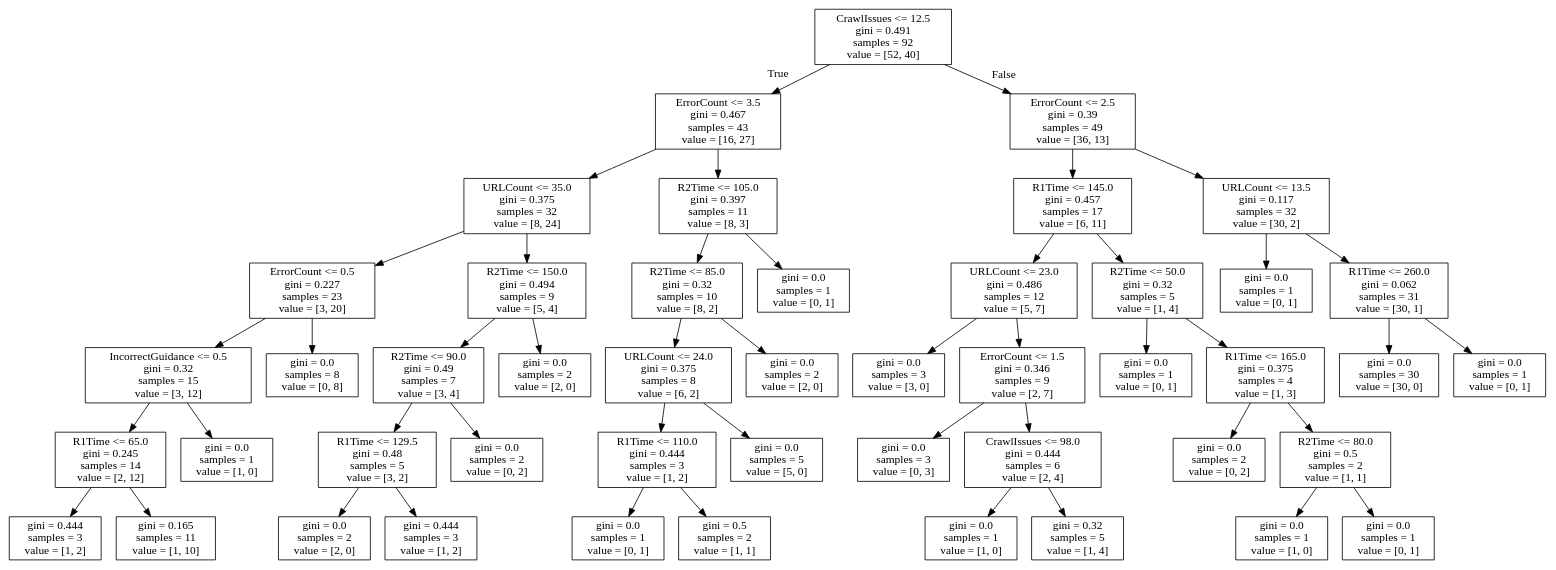
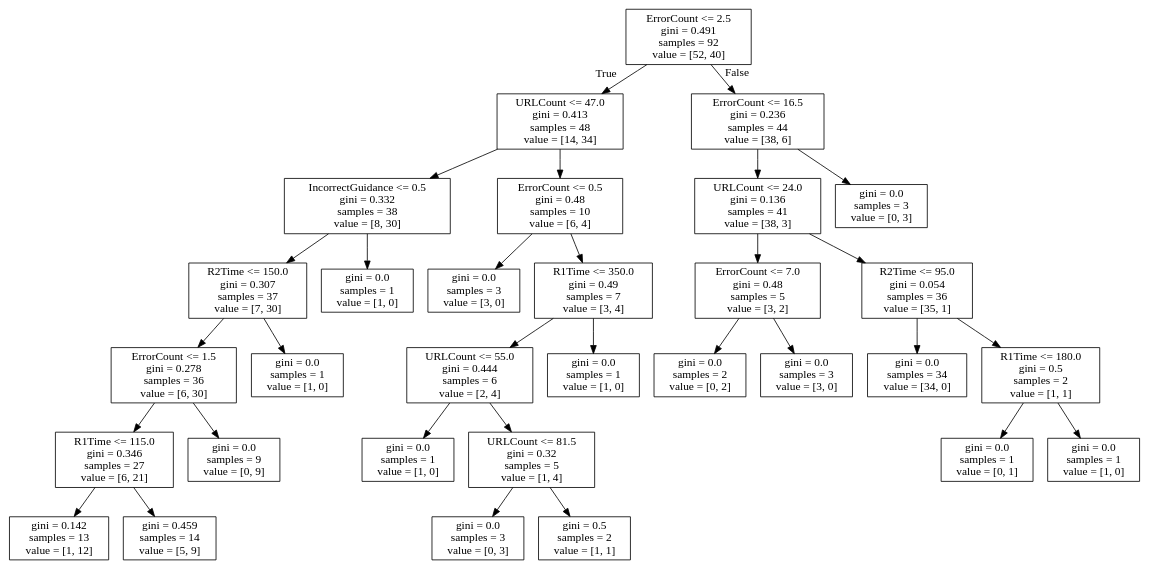
Before and after one commit to Yumil22/Curso_Python: the diagram in tree_3.dot, drawn with Graphviz. The commit also changed 11 other files, not shown here.

```diff
--- a/tree_3.dot
+++ b/tree_3.dot
@@ -1,96 +1,64 @@
 digraph Tree {
 node [shape=box] ;
-0 [label="CrawlIssues <= 12.5\ngini = 0.491\nsamples = 92\nvalue = [52, 40]"] ;
-1 [label="ErrorCount <= 3.5\ngini = 0.467\nsamples = 43\nvalue = [16, 27]"] ;
+0 [label="ErrorCount <= 2.5\ngini = 0.491\nsamples = 92\nvalue = [52, 40]"] ;
+1 [label="URLCount <= 47.0\ngini = 0.413\nsamples = 48\nvalue = [14, 34]"] ;
 0 -> 1 [labeldistance=2.5, labelangle=45, headlabel="True"] ;
-2 [label="URLCount <= 35.0\ngini = 0.375\nsamples = 32\nvalue = [8, 24]"] ;
+2 [label="IncorrectGuidance <= 0.5\ngini = 0.332\nsamples = 38\nvalue = [8, 30]"] ;
 1 -> 2 ;
-3 [label="ErrorCount <= 0.5\ngini = 0.227\nsamples = 23\nvalue = [3, 20]"] ;
+3 [label="R2Time <= 150.0\ngini = 0.307\nsamples = 37\nvalue = [7, 30]"] ;
 2 -> 3 ;
-4 [label="IncorrectGuidance <= 0.5\ngini = 0.32\nsamples = 15\nvalue = [3, 12]"] ;
+4 [label="ErrorCount <= 1.5\ngini = 0.278\nsamples = 36\nvalue = [6, 30]"] ;
 3 -> 4 ;
-5 [label="R1Time <= 65.0\ngini = 0.245\nsamples = 14\nvalue = [2, 12]"] ;
+5 [label="R1Time <= 115.0\ngini = 0.346\nsamples = 27\nvalue = [6, 21]"] ;
 4 -> 5 ;
-6 [label="gini = 0.444\nsamples = 3\nvalue = [1, 2]"] ;
+6 [label="gini = 0.142\nsamples = 13\nvalue = [1, 12]"] ;
 5 -> 6 ;
-7 [label="gini = 0.165\nsamples = 11\nvalue = [1, 10]"] ;
+7 [label="gini = 0.459\nsamples = 14\nvalue = [5, 9]"] ;
 5 -> 7 ;
-8 [label="gini = 0.0\nsamples = 1\nvalue = [1, 0]"] ;
+8 [label="gini = 0.0\nsamples = 9\nvalue = [0, 9]"] ;
 4 -> 8 ;
-9 [label="gini = 0.0\nsamples = 8\nvalue = [0, 8]"] ;
+9 [label="gini = 0.0\nsamples = 1\nvalue = [1, 0]"] ;
 3 -> 9 ;
-10 [label="R2Time <= 150.0\ngini = 0.494\nsamples = 9\nvalue = [5, 4]"] ;
+10 [label="gini = 0.0\nsamples = 1\nvalue = [1, 0]"] ;
 2 -> 10 ;
-11 [label="R2Time <= 90.0\ngini = 0.49\nsamples = 7\nvalue = [3, 4]"] ;
-10 -> 11 ;
-12 [label="R1Time <= 129.5\ngini = 0.48\nsamples = 5\nvalue = [3, 2]"] ;
+11 [label="ErrorCount <= 0.5\ngini = 0.48\nsamples = 10\nvalue = [6, 4]"] ;
+1 -> 11 ;
+12 [label="gini = 0.0\nsamples = 3\nvalue = [3, 0]"] ;
 11 -> 12 ;
-13 [label="gini = 0.0\nsamples = 2\nvalue = [2, 0]"] ;
-12 -> 13 ;
-14 [label="gini = 0.444\nsamples = 3\nvalue = [1, 2]"] ;
-12 -> 14 ;
-15 [label="gini = 0.0\nsamples = 2\nvalue = [0, 2]"] ;
-11 -> 15 ;
-16 [label="gini = 0.0\nsamples = 2\nvalue = [2, 0]"] ;
-10 -> 16 ;
-17 [label="R2Time <= 105.0\ngini = 0.397\nsamples = 11\nvalue = [8, 3]"] ;
-1 -> 17 ;
-18 [label="R2Time <= 85.0\ngini = 0.32\nsamples = 10\nvalue = [8, 2]"] ;
-17 -> 18 ;
-19 [label="URLCount <= 24.0\ngini = 0.375\nsamples = 8\nvalue = [6, 2]"] ;
-18 -> 19 ;
-20 [label="R1Time <= 110.0\ngini = 0.444\nsamples = 3\nvalue = [1, 2]"] ;
-19 -> 20 ;
-21 [label="gini = 0.0\nsamples = 1\nvalue = [0, 1]"] ;
+13 [label="R1Time <= 350.0\ngini = 0.49\nsamples = 7\nvalue = [3, 4]"] ;
+11 -> 13 ;
+14 [label="URLCount <= 55.0\ngini = 0.444\nsamples = 6\nvalue = [2, 4]"] ;
+13 -> 14 ;
+15 [label="gini = 0.0\nsamples = 1\nvalue = [1, 0]"] ;
+14 -> 15 ;
+16 [label="URLCount <= 81.5\ngini = 0.32\nsamples = 5\nvalue = [1, 4]"] ;
+14 -> 16 ;
+17 [label="gini = 0.0\nsamples = 3\nvalue = [0, 3]"] ;
+16 -> 17 ;
+18 [label="gini = 0.5\nsamples = 2\nvalue = [1, 1]"] ;
+16 -> 18 ;
+19 [label="gini = 0.0\nsamples = 1\nvalue = [1, 0]"] ;
+13 -> 19 ;
+20 [label="ErrorCount <= 16.5\ngini = 0.236\nsamples = 44\nvalue = [38, 6]"] ;
+0 -> 20 [labeldistance=2.5, labelangle=-45, headlabel="False"] ;
+21 [label="URLCount <= 24.0\ngini = 0.136\nsamples = 41\nvalue = [38, 3]"] ;
 20 -> 21 ;
-22 [label="gini = 0.5\nsamples = 2\nvalue = [1, 1]"] ;
-20 -> 22 ;
-23 [label="gini = 0.0\nsamples = 5\nvalue = [5, 0]"] ;
-19 -> 23 ;
-24 [label="gini = 0.0\nsamples = 2\nvalue = [2, 0]"] ;
-18 -> 24 ;
-25 [label="gini = 0.0\nsamples = 1\nvalue = [0, 1]"] ;
-17 -> 25 ;
-26 [label="ErrorCount <= 2.5\ngini = 0.39\nsamples = 49\nvalue = [36, 13]"] ;
-0 -> 26 [labeldistance=2.5, labelangle=-45, headlabel="False"] ;
-27 [label="R1Time <= 145.0\ngini = 0.457\nsamples = 17\nvalue = [6, 11]"] ;
-26 -> 27 ;
-28 [label="URLCount <= 23.0\ngini = 0.486\nsamples = 12\nvalue = [5, 7]"] ;
+22 [label="ErrorCount <= 7.0\ngini = 0.48\nsamples = 5\nvalue = [3, 2]"] ;
+21 -> 22 ;
+23 [label="gini = 0.0\nsamples = 2\nvalue = [0, 2]"] ;
+22 -> 23 ;
+24 [label="gini = 0.0\nsamples = 3\nvalue = [3, 0]"] ;
+22 -> 24 ;
+25 [label="R2Time <= 95.0\ngini = 0.054\nsamples = 36\nvalue = [35, 1]"] ;
+21 -> 25 ;
+26 [label="gini = 0.0\nsamples = 34\nvalue = [34, 0]"] ;
+25 -> 26 ;
+27 [label="R1Time <= 180.0\ngini = 0.5\nsamples = 2\nvalue = [1, 1]"] ;
+25 -> 27 ;
+28 [label="gini = 0.0\nsamples = 1\nvalue = [0, 1]"] ;
 27 -> 28 ;
-29 [label="gini = 0.0\nsamples = 3\nvalue = [3, 0]"] ;
-28 -> 29 ;
-30 [label="ErrorCount <= 1.5\ngini = 0.346\nsamples = 9\nvalue = [2, 7]"] ;
-28 -> 30 ;
-31 [label="gini = 0.0\nsamples = 3\nvalue = [0, 3]"] ;
-30 -> 31 ;
-32 [label="CrawlIssues <= 98.0\ngini = 0.444\nsamples = 6\nvalue = [2, 4]"] ;
-30 -> 32 ;
-33 [label="gini = 0.0\nsamples = 1\nvalue = [1, 0]"] ;
-32 -> 33 ;
-34 [label="gini = 0.32\nsamples = 5\nvalue = [1, 4]"] ;
-32 -> 34 ;
-35 [label="R2Time <= 50.0\ngini = 0.32\nsamples = 5\nvalue = [1, 4]"] ;
-27 -> 35 ;
-36 [label="gini = 0.0\nsamples = 1\nvalue = [0, 1]"] ;
-35 -> 36 ;
-37 [label="R1Time <= 165.0\ngini = 0.375\nsamples = 4\nvalue = [1, 3]"] ;
-35 -> 37 ;
-38 [label="gini = 0.0\nsamples = 2\nvalue = [0, 2]"] ;
-37 -> 38 ;
-39 [label="R2Time <= 80.0\ngini = 0.5\nsamples = 2\nvalue = [1, 1]"] ;
-37 -> 39 ;
-40 [label="gini = 0.0\nsamples = 1\nvalue = [1, 0]"] ;
-39 -> 40 ;
-41 [label="gini = 0.0\nsamples = 1\nvalue = [0, 1]"] ;
-39 -> 41 ;
-42 [label="URLCount <= 13.5\ngini = 0.117\nsamples = 32\nvalue = [30, 2]"] ;
-26 -> 42 ;
-43 [label="gini = 0.0\nsamples = 1\nvalue = [0, 1]"] ;
-42 -> 43 ;
-44 [label="R1Time <= 260.0\ngini = 0.062\nsamples = 31\nvalue = [30, 1]"] ;
-42 -> 44 ;
-45 [label="gini = 0.0\nsamples = 30\nvalue = [30, 0]"] ;
-44 -> 45 ;
-46 [label="gini = 0.0\nsamples = 1\nvalue = [0, 1]"] ;
-44 -> 46 ;
+29 [label="gini = 0.0\nsamples = 1\nvalue = [1, 0]"] ;
+27 -> 29 ;
+30 [label="gini = 0.0\nsamples = 3\nvalue = [0, 3]"] ;
+20 -> 30 ;
 }
```
